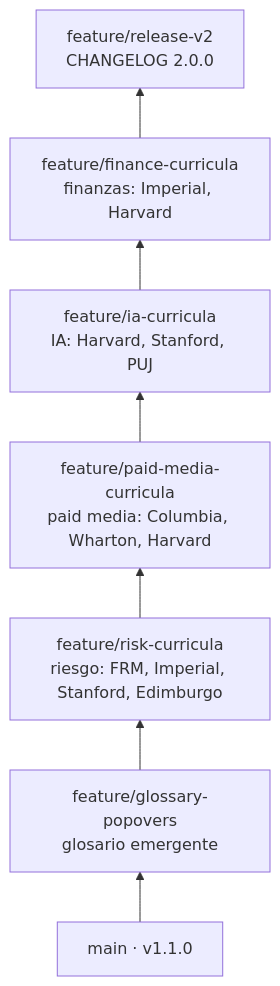
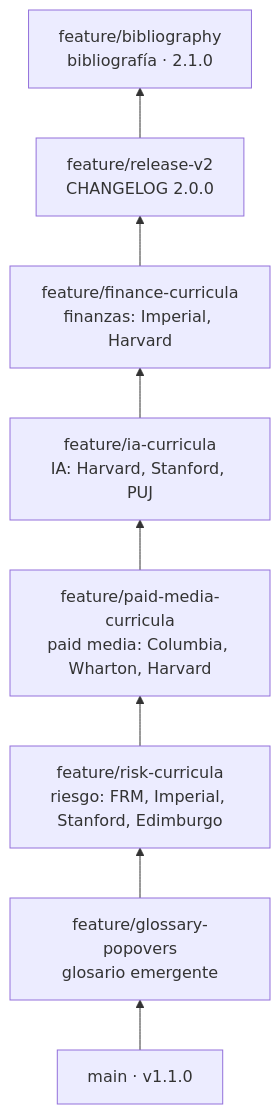
The diagram in docs/PUBLICAR.md (neiderolaya26/learning), drawn with Mermaid before and after one commit. The commit also changed other lines of this file and 8 other files, not shown here.

````diff
--- a/docs/PUBLICAR.md
+++ b/docs/PUBLICAR.md
@@ -7,9 +7,10 @@
 ```mermaid
 flowchart BT
   M["main · v1.1.0"] --> A["feature/glossary-popovers<br/>glosario emergente"]
   A --> B["feature/risk-curricula<br/>riesgo: FRM, Imperial, Stanford, Edimburgo"]
   B --> C["feature/paid-media-curricula<br/>paid media: Columbia, Wharton, Harvard"]
   C --> D["feature/ia-curricula<br/>IA: Harvard, Stanford, PUJ"]
   D --> E["feature/finance-curricula<br/>finanzas: Imperial, Harvard"]
   E --> F["feature/release-v2<br/>CHANGELOG 2.0.0"]
+  F --> G["feature/bibliography<br/>bibliografía · 2.1.0"]
 ```
````
